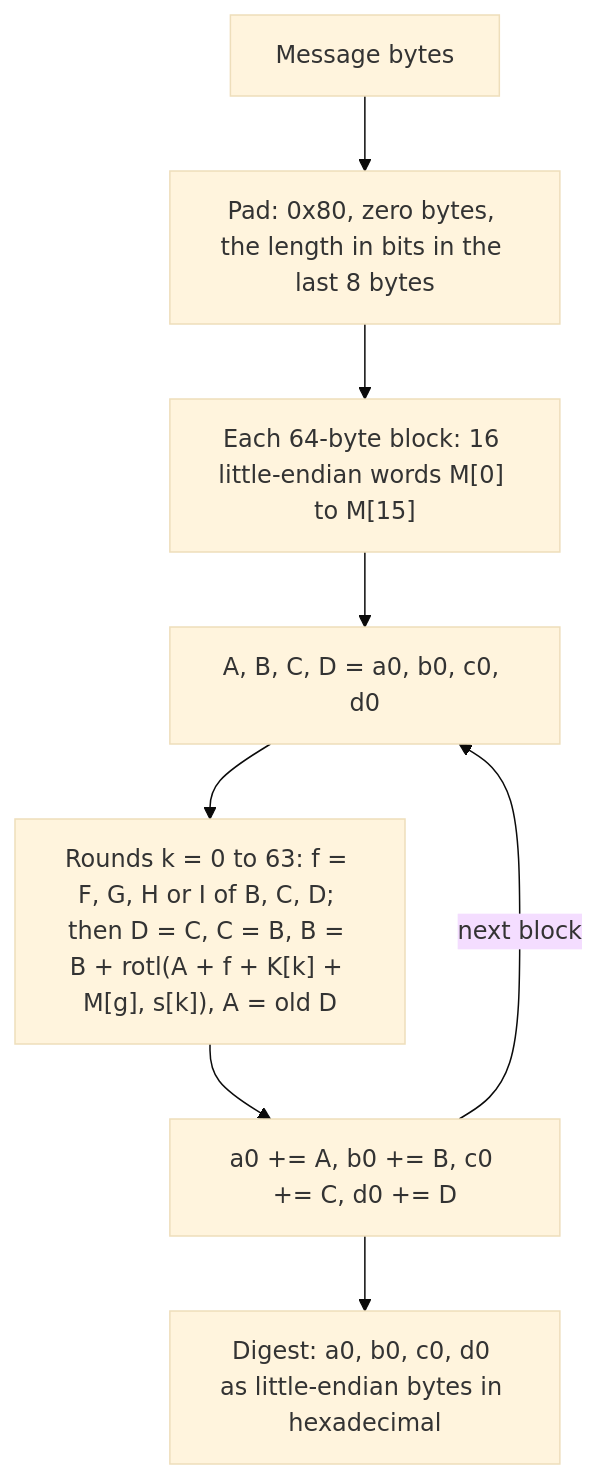
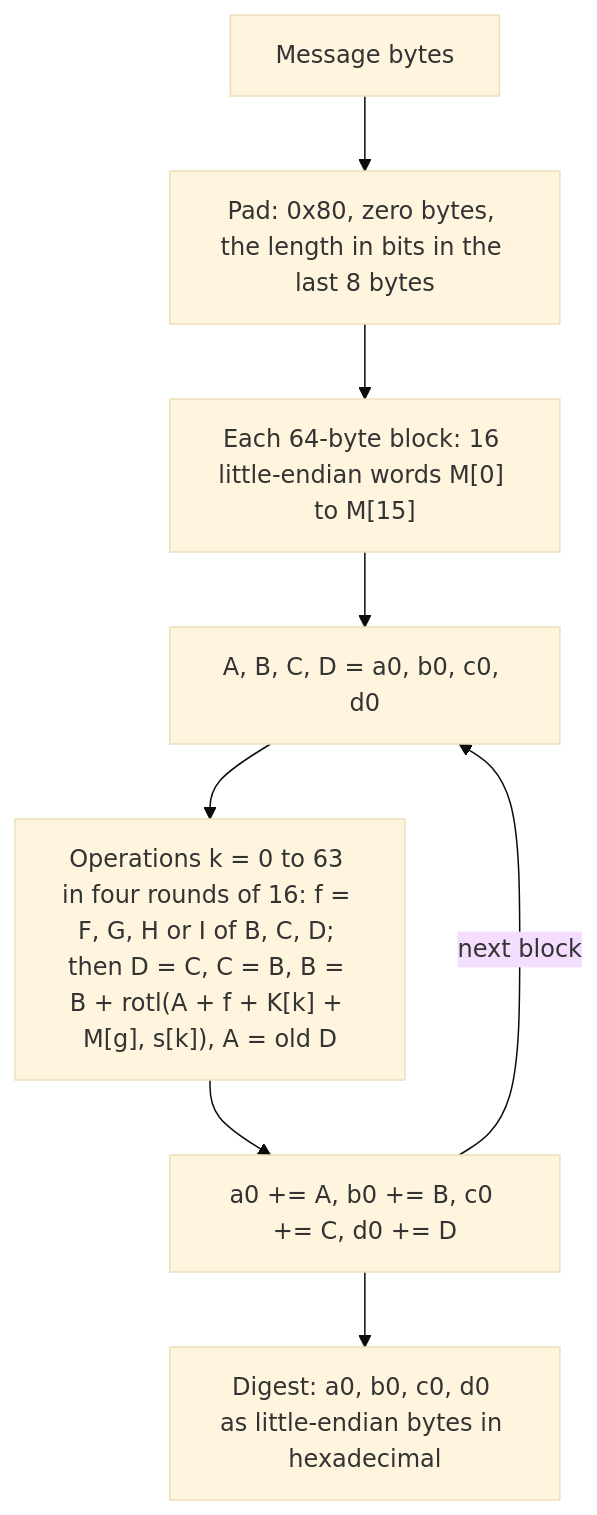
One commit to mtorun0x7cd/raven-one-simulink changed the second of 2 diagrams in README.md. Above: the diagram before and after it, drawn with Mermaid (base theme). The commit also changed other lines of this file and 2 other files, not shown here.

First line of the commit message:
docs: count the MD5 steps as 64 operations in four rounds of 16

````diff
--- a/README.md
+++ b/README.md
@@ -269,12 +269,12 @@
 ```mermaid
 flowchart TD
     accTitle: The MD5 computation of cMD5
-    accDescr: The message bytes are padded with the byte 0x80, zero bytes and the length in bits. Each 64-byte block is read as 16 words. The registers A, B, C and D start from the chaining values a0, b0, c0 and d0, run 64 rounds in four groups of 16 with the functions F, G, H and I, and are added to the chaining values. After the last block, the four chaining values, written as little-endian bytes in hexadecimal, are the digest.
+    accDescr: The message bytes are padded with the byte 0x80, zero bytes and the length in bits. Each 64-byte block is read as 16 words. The registers A, B, C and D start from the chaining values a0, b0, c0 and d0, go through 64 operations in four rounds of 16 with the functions F, G, H and I, and are added to the chaining values. After the last block, the four chaining values, written as little-endian bytes in hexadecimal, are the digest.
     msg["Message bytes"] --> pad["Pad: 0x80, zero bytes, the length in bits in the last 8 bytes"]
     pad --> words["Each 64-byte block: 16 little-endian words M[0] to M[15]"]
     words --> init["A, B, C, D = a0, b0, c0, d0"]
-    init --> rounds["Rounds k = 0 to 63: f = F, G, H or I of B, C, D; then D = C, C = B, B = B + rotl(A + f + K[k] + M[g], s[k]), A = old D"]
-    rounds --> add["a0 += A, b0 += B, c0 += C, d0 += D"]
+    init --> ops["Operations k = 0 to 63 in four rounds of 16: f = F, G, H or I of B, C, D; then D = C, C = B, B = B + rotl(A + f + K[k] + M[g], s[k]), A = old D"]
+    ops --> add["a0 += A, b0 += B, c0 += C, d0 += D"]
     add -->|next block| init
     add --> out["Digest: a0, b0, c0, d0 as little-endian bytes in hexadecimal"]
 ```
````
